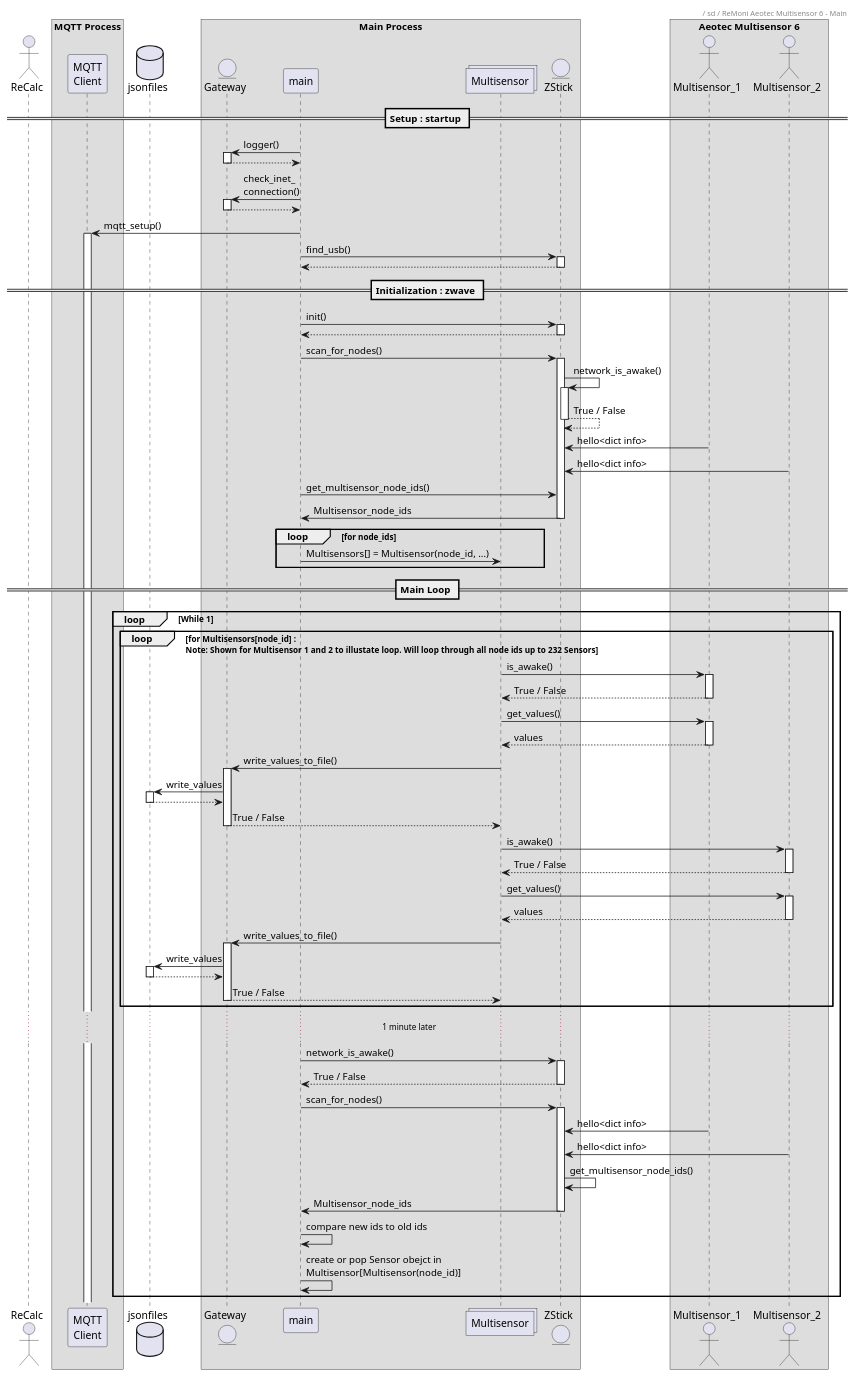
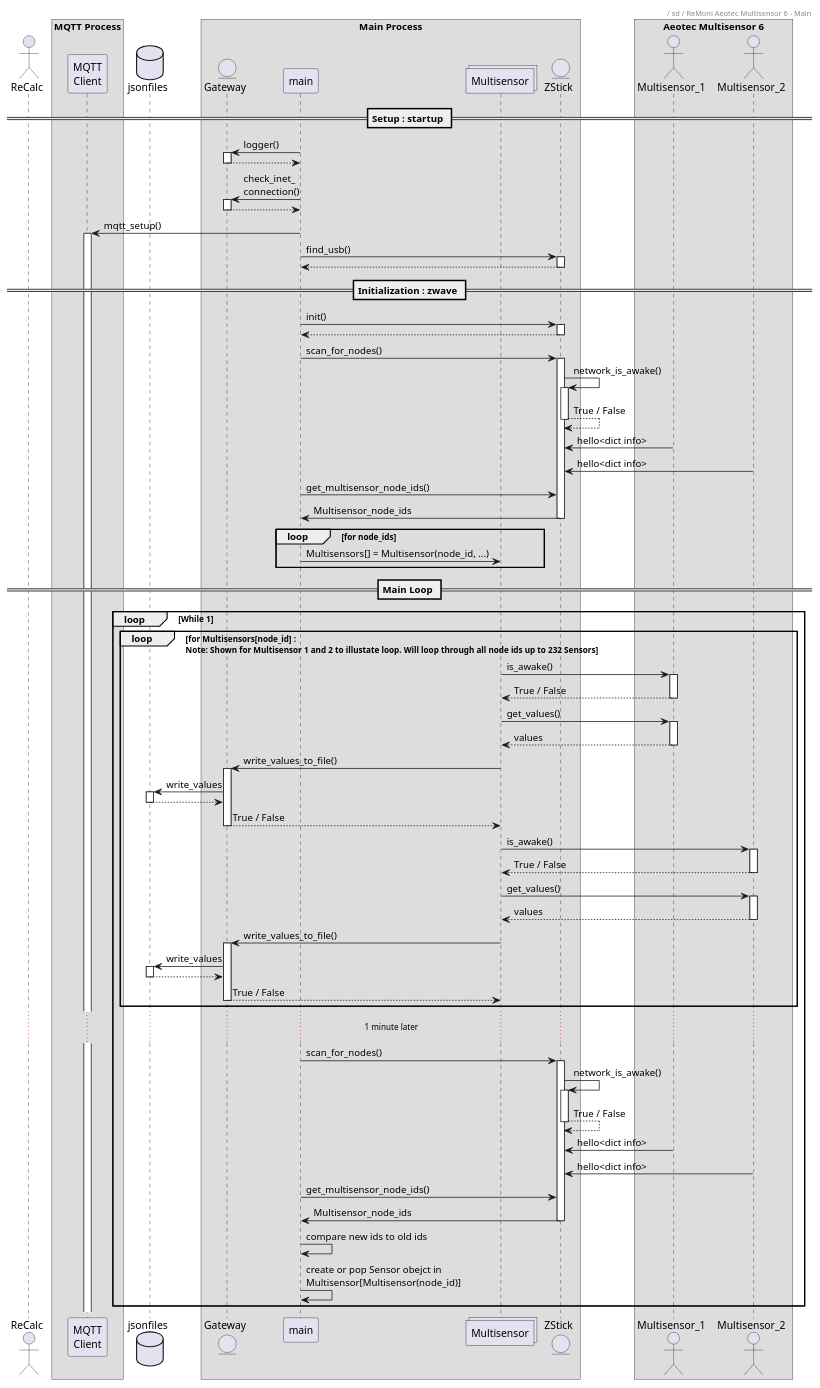
The diagram in doc/sd_main_process.iuml (AU-PRO5-Rem/ReMoniProject), drawn with PlantUML before and after one commit. The commit also changed 1 other file, not shown here.

Commit message:
Update UML sd main process and readme

```diff
--- a/doc/sd_main_process.iuml
+++ b/doc/sd_main_process.iuml
@@ -1,101 +1,104 @@
 @startuml sd Main Process
 header / sd / ReMoni Aeotec Multisensor 6 - Main
 
 actor ReCalc
 
 box "MQTT Process"
 participant "MQTT\nClient" as mqtt
 end box
 
 database jsonfiles
 
 box "Main Process"
 entity Gateway
 participant main
 collections Multisensor
 entity ZStick
 end box
 
 box "Aeotec Multisensor 6"
 actor Multisensor_1
 actor Multisensor_2
 end box
 
 == Setup : startup ==
 
 autoactivate on
 
 main -> Gateway : logger() 
 return
 
 main -> Gateway : check_inet_\nconnection()
 return
 
 main -> mqtt : mqtt_setup()
 
 main -> ZStick : find_usb()
 return
 
 == Initialization : zwave ==
 main -> ZStick : init()
 return 
 
 main -> ZStick : scan_for_nodes()
 ZStick -> ZStick : network_is_awake()
 return True / False
 autoactivate off
 Multisensor_1 -> ZStick : hello<dict info>
 Multisensor_2 -> ZStick : hello<dict info>
 main -> ZStick : get_multisensor_node_ids()
 ZStick -> main : Multisensor_node_ids
 deactivate
+autoactivate off
 
 loop for node_ids
     main -> Multisensor : Multisensors[] = Multisensor(node_id, ...)
 end
 == Main Loop ==
 loop While 1
 loop for Multisensors[node_id] :\nNote: Shown for Multisensor 1 and 2 to illustate loop. Will loop through all node ids up to 232 Sensors
     autoactivate on
 
     Multisensor -> Multisensor_1 : is_awake()
     return True / False
 
     Multisensor -> Multisensor_1 : get_values()
     return values
 
     Multisensor -> Gateway : write_values_to_file()
     Gateway -> jsonfiles : write_values
     return
     return True / False
     Multisensor -> Multisensor_2 : is_awake()
     return True / False
 
     Multisensor -> Multisensor_2 : get_values()
     return values
 
     Multisensor -> Gateway : write_values_to_file()
     Gateway -> jsonfiles : write_values
     return
     return True / False
 end
 autoactivate off
 
 ...1 minute later...
 
 autoactivate on
-main -> ZStick : network_is_awake()
+
+main -> ZStick : scan_for_nodes()
+ZStick -> ZStick : network_is_awake()
 return True / False
-main -> ZStick : scan_for_nodes()
+autoactivate off
+Multisensor_1 -> ZStick : hello<dict info>
+Multisensor_2 -> ZStick : hello<dict info>
+main -> ZStick : get_multisensor_node_ids()
+ZStick -> main : Multisensor_node_ids
+deactivate
 autoactivate off
 
-Multisensor_1 -> ZStick : hello<dict info>
-Multisensor_2 -> ZStick : hello<dict info>
-ZStick -> ZStick : get_multisensor_node_ids()
-ZStick -> main : Multisensor_node_ids
-deactivate ZStick
 main -> main : compare new ids to old ids
 main -> main : create or pop Sensor obejct in\nMultisensor[Multisensor(node_id)]
 end
 
 @enduml
```
